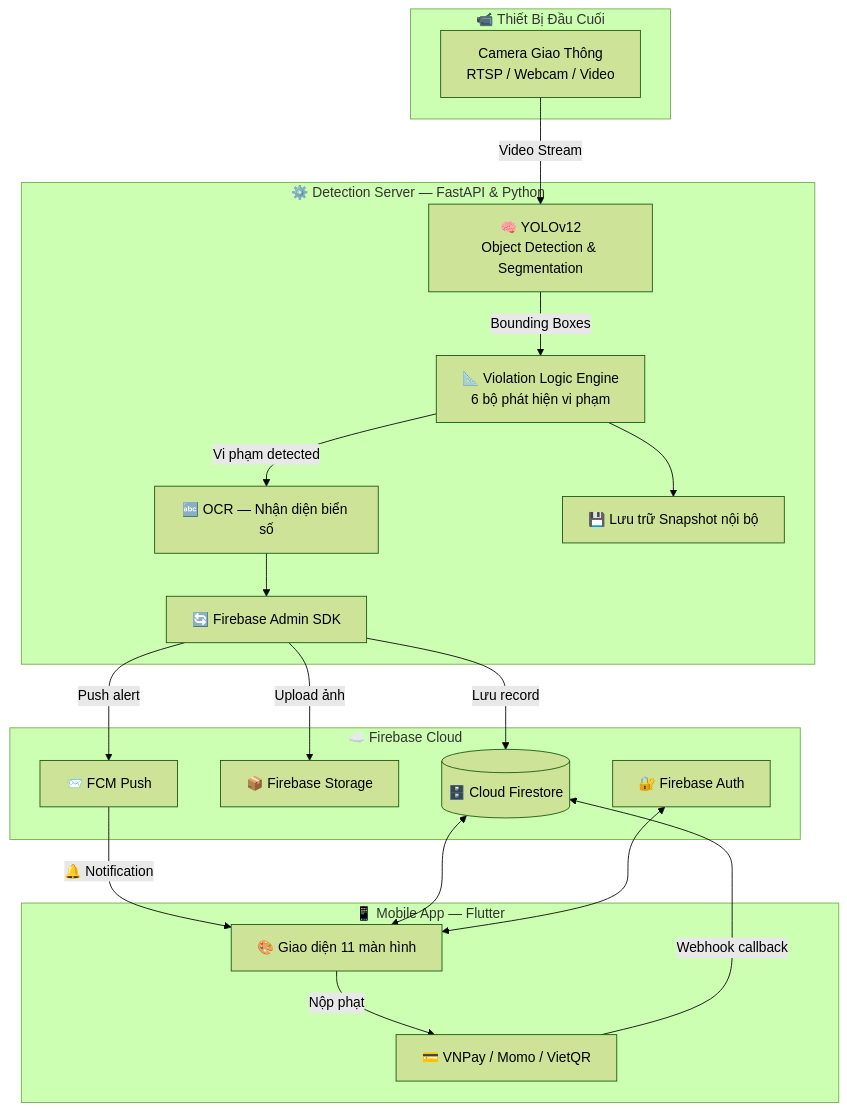
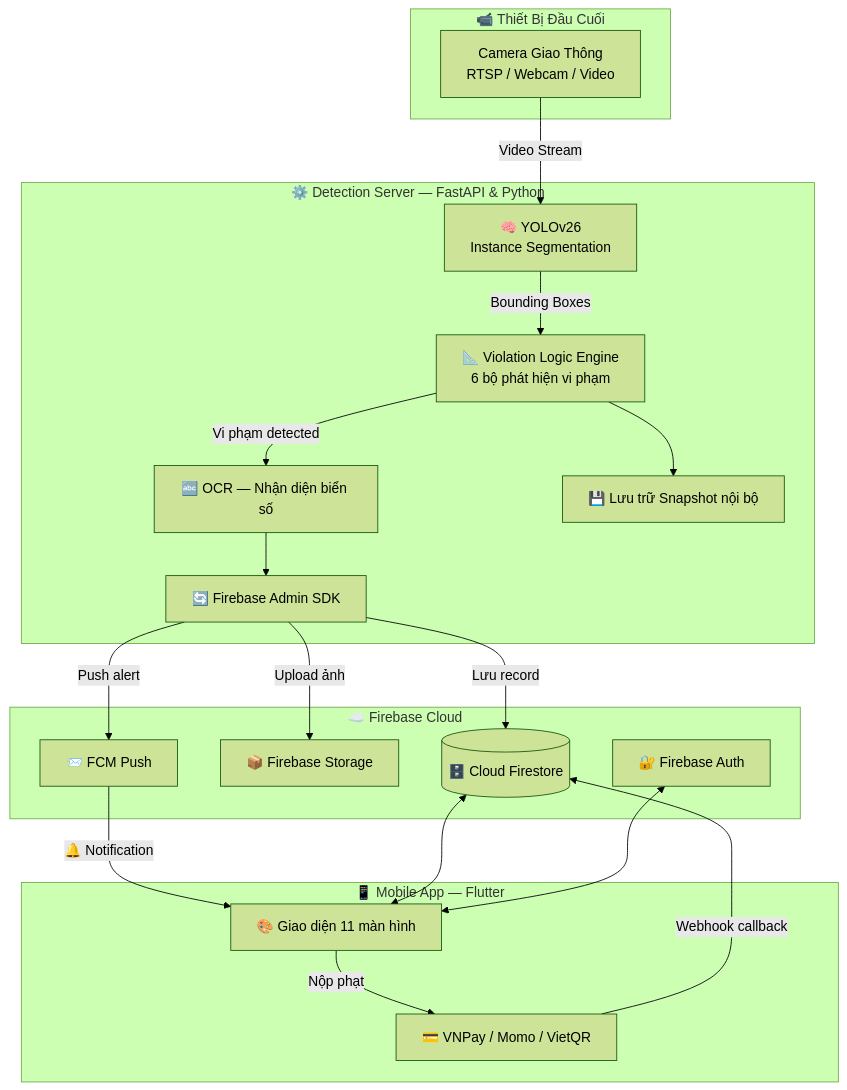
The first of 2 diagrams in README.md (khanhbes/Violation-Detect), drawn with Mermaid (forest theme) before and after one commit. The commit also changed other lines of this file and 6 other files, not shown here.

Commit message:
docs: add backend architecture and setup documentation with project resources

````diff
--- a/README.md
+++ b/README.md
@@ -60,40 +60,40 @@
 ```mermaid
 graph TD
     subgraph Edge["📹 Thiết Bị Đầu Cuối"]
         CAM["Camera Giao Thông<br/>RTSP / Webcam / Video"]
     end
 
     subgraph Server["⚙️ Detection Server — FastAPI & Python"]
-        YOLO["🧠 YOLOv12<br/>Object Detection & Segmentation"]
+        YOLO["🧠 YOLOv26<br/>Instance Segmentation"]
         LOGIC["📐 Violation Logic Engine<br/>6 bộ phát hiện vi phạm"]
         OCR["🔤 OCR — Nhận diện biển số"]
         STORE["💾 Lưu trữ Snapshot nội bộ"]
         SYNC["🔄 Firebase Admin SDK"]
     end
 
     subgraph Cloud["☁️ Firebase Cloud"]
         FS[("🗄️ Cloud Firestore")]
         ST["📦 Firebase Storage"]
         FCM["📨 FCM Push"]
         AUTH["🔐 Firebase Auth"]
     end
 
     subgraph App["📱 Mobile App — Flutter"]
         UI["🎨 Giao diện 11 màn hình"]
         PAY["💳 VNPay / Momo / VietQR"]
     end
 
     CAM -- "Video Stream" --> YOLO
     YOLO -- "Bounding Boxes" --> LOGIC
     LOGIC -- "Vi phạm detected" --> OCR
     LOGIC --> STORE
     OCR --> SYNC
     SYNC -- "Upload ảnh" --> ST
     SYNC -- "Lưu record" --> FS
     SYNC -- "Push alert" --> FCM
     FCM -- "🔔 Notification" --> UI
     FS <--> UI
     AUTH <--> UI
     UI -- "Nộp phạt" --> PAY
     PAY -- "Webhook callback" --> FS
 ```
````
